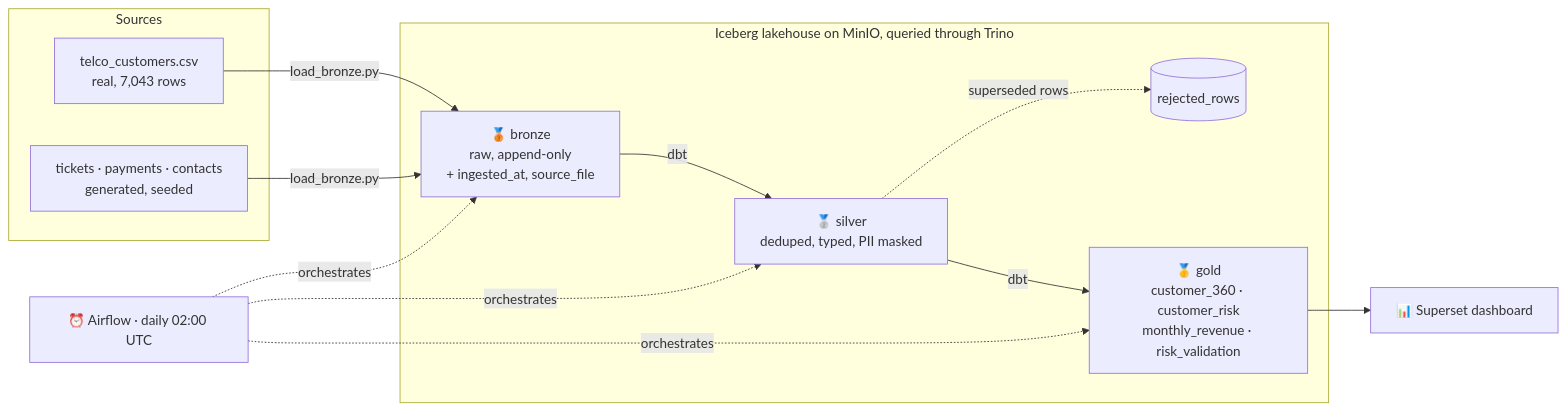
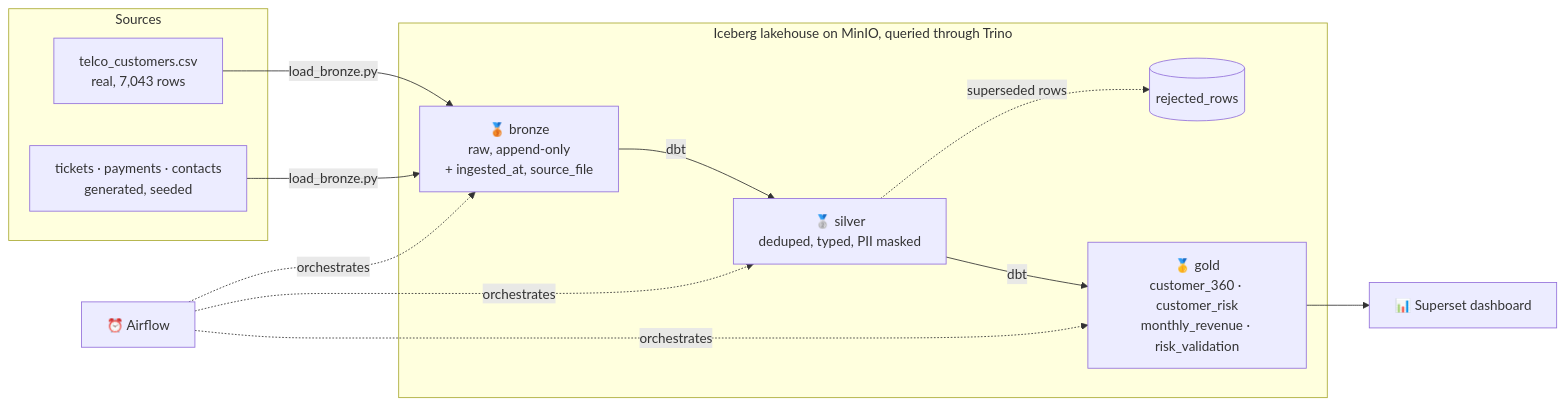
One commit to Chaksterr/churnhouse changed the diagram in README.md. Above: the diagram before and after it, drawn with Mermaid.

````diff
--- a/README.md
+++ b/README.md
@@ -41,22 +41,22 @@
 ```mermaid
 flowchart LR
     subgraph sources[Sources]
         A[telco_customers.csv<br/>real, 7,043 rows]
         B[tickets · payments · contacts<br/>generated, seeded]
     end
 
     subgraph lake[Iceberg lakehouse on MinIO, queried through Trino]
         BR[🥉 bronze<br/>raw, append-only<br/>+ ingested_at, source_file]
         SI[🥈 silver<br/>deduped, typed, PII masked]
         RJ[(rejected_rows)]
         GO[🥇 gold<br/>customer_360 · customer_risk<br/>monthly_revenue · risk_validation]
     end
 
     A & B -->|load_bronze.py| BR
     BR -->|dbt| SI
     SI -.->|superseded rows| RJ
     SI -->|dbt| GO
     GO --> SU[📊 Superset dashboard]
 
-    AF[⏰ Airflow · daily 02:00 UTC] -. orchestrates .-> BR & SI & GO
+    AF[⏰ Airflow] -. orchestrates .-> BR & SI & GO
 ```
````
